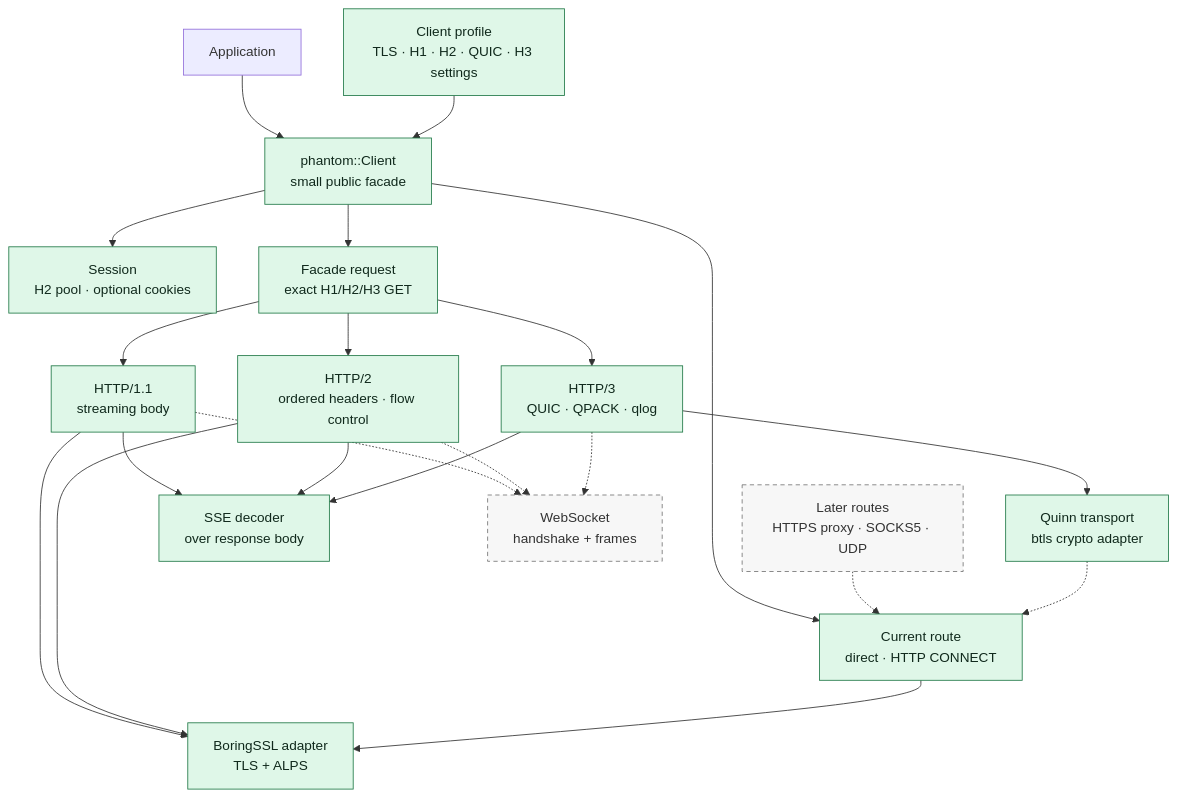
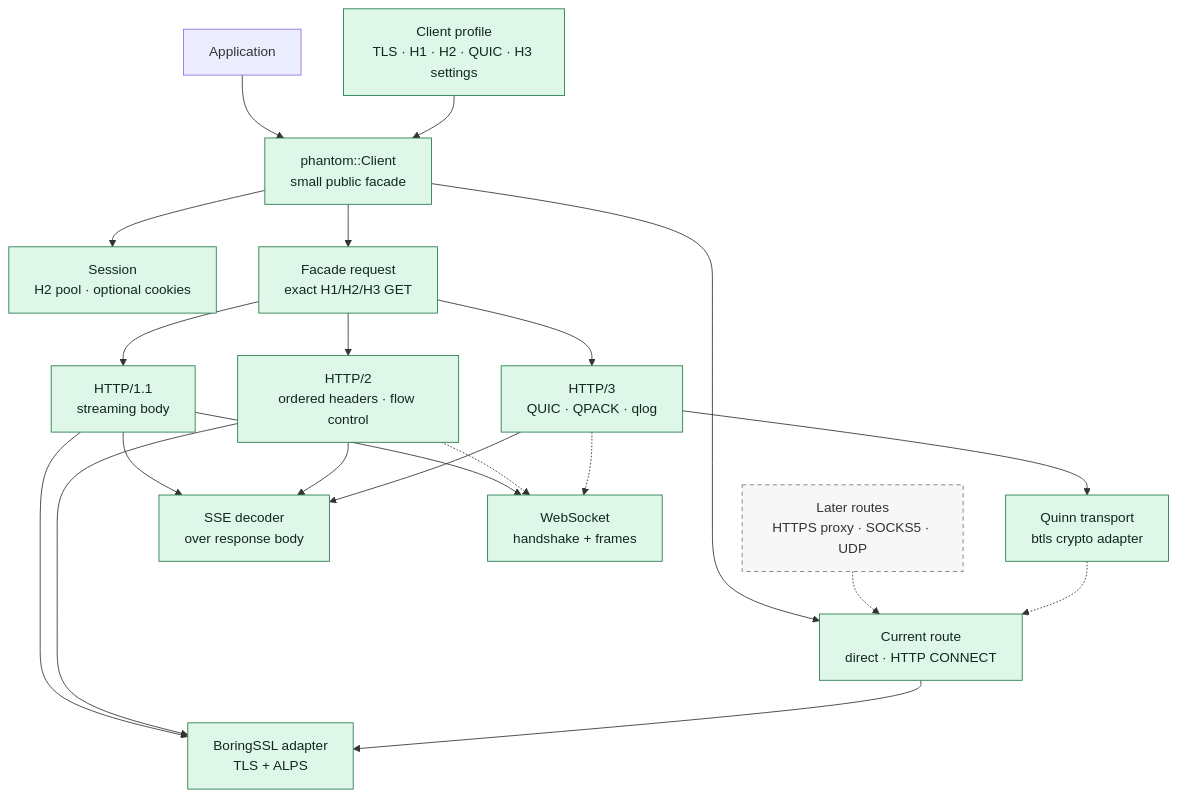
The first of 4 diagrams in docs/architecture.md (bywayhq/phantom), drawn with Mermaid before and after one commit. The commit also changed other lines of this file and 78 other files, not shown here.

````diff
--- a/docs/architecture.md
+++ b/docs/architecture.md
@@ -23,44 +23,44 @@
 ```mermaid
 flowchart TB
     User[Application]
     Client["phantom::Client<br/>small public facade"]
     Session["Session<br/>H2 pool · optional cookies"]
     Profile["Client profile<br/>TLS · H1 · H2 · QUIC · H3 settings"]
     Route["Current route<br/>direct · HTTP CONNECT"]
     FutureRoute["Later routes<br/>HTTPS proxy · SOCKS5 · UDP"]
     FacadeRequest["Facade request<br/>exact H1/H2/H3 GET"]
 
     H1["HTTP/1.1<br/>streaming body"]
     H2["HTTP/2<br/>ordered headers · flow control"]
     H3["HTTP/3<br/>QUIC · QPACK · qlog"]
     TLS["BoringSSL adapter<br/>TLS + ALPS"]
     QUIC["Quinn transport<br/>btls crypto adapter"]
     SSE["SSE decoder<br/>over response body"]
     WS["WebSocket<br/>handshake + frames"]
 
     User --> Client
     Profile --> Client
     FacadeRequest --> H1
     FacadeRequest --> H2
     FacadeRequest --> H3
     Client --> Session
     Client --> Route
     FutureRoute -.-> Route
     Client --> FacadeRequest
     H1 --> TLS
     H2 --> TLS
     H3 --> QUIC
     Route --> TLS
     QUIC -.-> Route
     H1 --> SSE
     H2 --> SSE
     H3 --> SSE
-    H1 -.-> WS
+    H1 --> WS
     H2 -.-> WS
     H3 -.-> WS
 
     classDef current fill:#dff7e8,stroke:#237a49,color:#10291c
     classDef planned fill:#f7f7f7,stroke:#777,stroke-dasharray:5 4,color:#333
-    class Client,Session,Profile,Route,FacadeRequest,H1,H2,H3,TLS,QUIC,SSE current
-    class FutureRoute,WS planned
+    class Client,Session,Profile,Route,FacadeRequest,H1,H2,H3,TLS,QUIC,SSE,WS current
+    class FutureRoute planned
 ```
````
